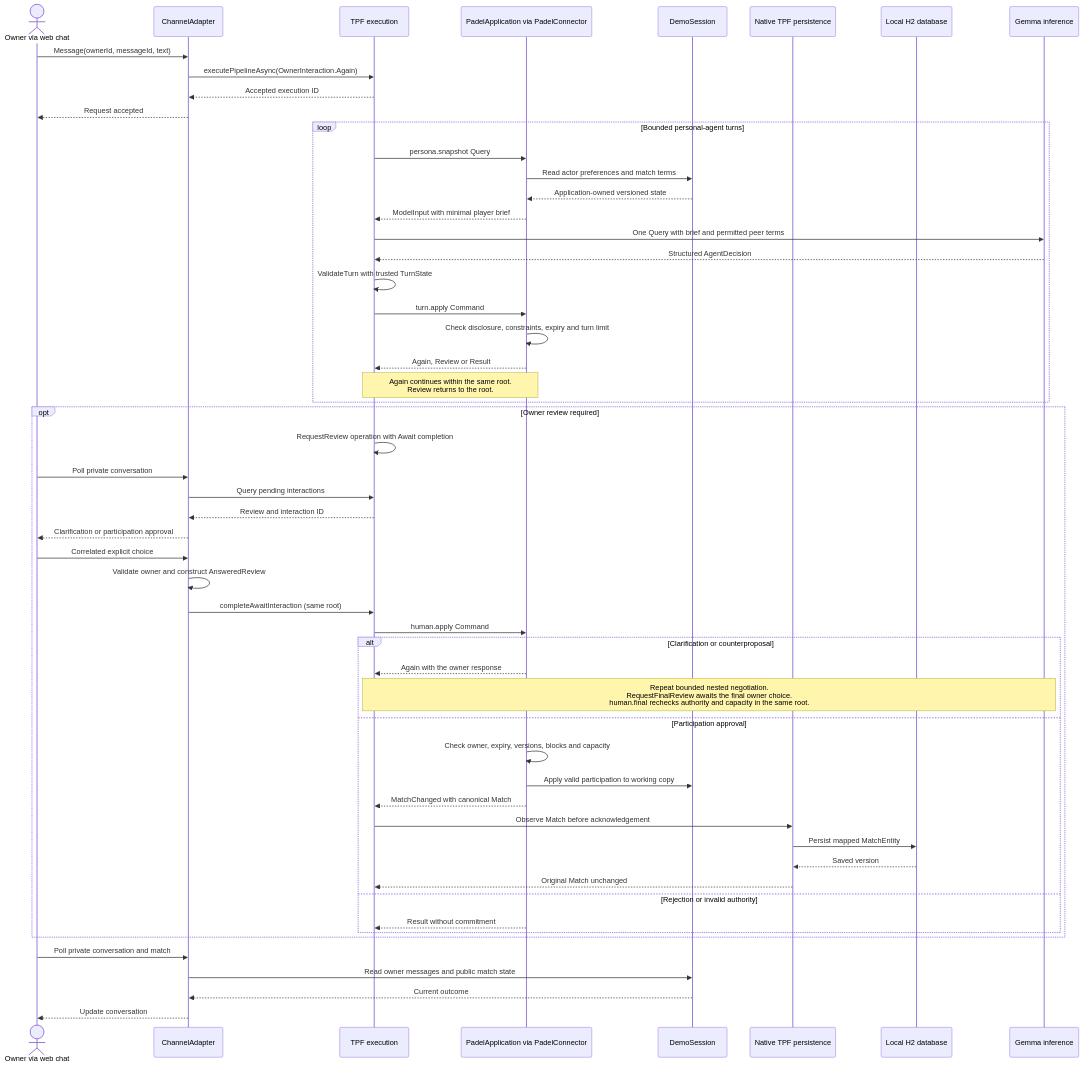
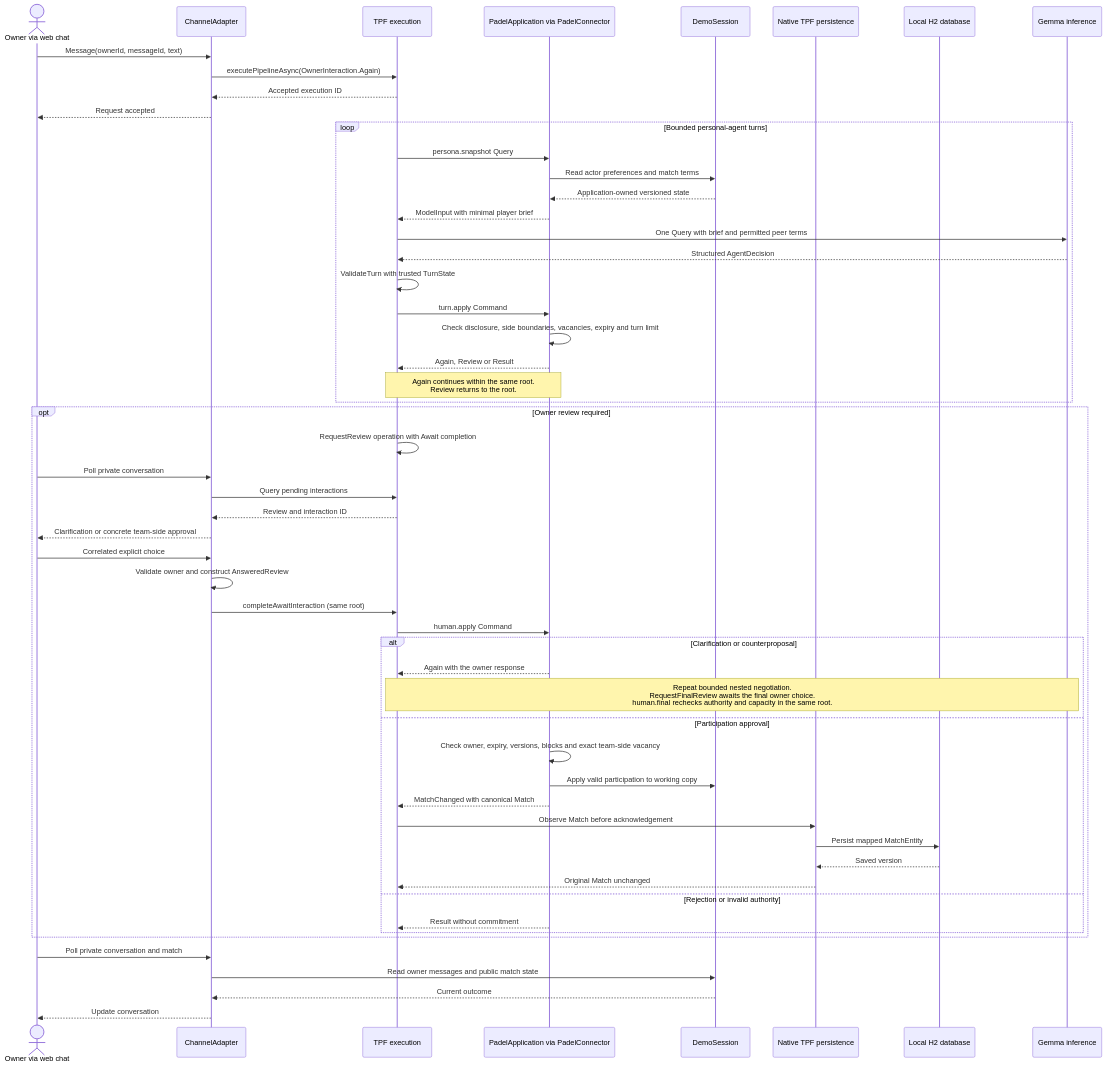
One commit to The-Pipeline-Framework/padelpot changed the first of 2 diagrams in docs/architecture.md. Above: the diagram before and after it, drawn with Mermaid. The commit also changed other lines of this file and 26 other files, not shown here.

````diff
--- a/docs/architecture.md
+++ b/docs/architecture.md
@@ -23,61 +23,61 @@
 ```mermaid
 sequenceDiagram
     actor Owner as Owner via web chat
     participant Channel as ChannelAdapter
     participant TPF as TPF execution
     participant App as PadelApplication via PadelConnector
     participant Session as DemoSession
     participant Persistence as Native TPF persistence
     participant DB as Local H2 database
     participant Gemma as Gemma inference
 
     Owner->>Channel: Message(ownerId, messageId, text)
     Channel->>TPF: executePipelineAsync(OwnerInteraction.Again)
     TPF-->>Channel: Accepted execution ID
     Channel-->>Owner: Request accepted
 
     loop Bounded personal-agent turns
         TPF->>App: persona.snapshot Query
         App->>Session: Read actor preferences and match terms
         Session-->>App: Application-owned versioned state
         App-->>TPF: ModelInput with minimal player brief
         TPF->>Gemma: One Query with brief and permitted peer terms
         Gemma-->>TPF: Structured AgentDecision
         TPF->>TPF: ValidateTurn with trusted TurnState
         TPF->>App: turn.apply Command
-        App->>App: Check disclosure, constraints, expiry and turn limit
+        App->>App: Check disclosure, side boundaries, vacancies, expiry and turn limit
         App-->>TPF: Again, Review or Result
         Note over TPF,App: Again continues within the same root.<br/>Review returns to the root.
     end
 
     opt Owner review required
         TPF->>TPF: RequestReview operation with Await completion
         Owner->>Channel: Poll private conversation
         Channel->>TPF: Query pending interactions
         TPF-->>Channel: Review and interaction ID
-        Channel-->>Owner: Clarification or participation approval
+        Channel-->>Owner: Clarification or concrete team-side approval
         Owner->>Channel: Correlated explicit choice
         Channel->>Channel: Validate owner and construct AnsweredReview
         Channel->>TPF: completeAwaitInteraction (same root)
         TPF->>App: human.apply Command
         alt Clarification or counterproposal
             App-->>TPF: Again with the owner response
             Note over TPF,Gemma: Repeat bounded nested negotiation.<br/>RequestFinalReview awaits the final owner choice.<br/>human.final rechecks authority and capacity in the same root.
         else Participation approval
-            App->>App: Check owner, expiry, versions, blocks and capacity
+            App->>App: Check owner, expiry, versions, blocks and exact team-side vacancy
             App->>Session: Apply valid participation to working copy
             App-->>TPF: MatchChanged with canonical Match
             TPF->>Persistence: Observe Match before acknowledgement
             Persistence->>DB: Persist mapped MatchEntity
             DB-->>Persistence: Saved version
             Persistence-->>TPF: Original Match unchanged
         else Rejection or invalid authority
             App-->>TPF: Result without commitment
         end
     end
 
     Owner->>Channel: Poll private conversation and match
     Channel->>Session: Read owner messages and public match state
     Session-->>Channel: Current outcome
     Channel-->>Owner: Update conversation
 ```
````
